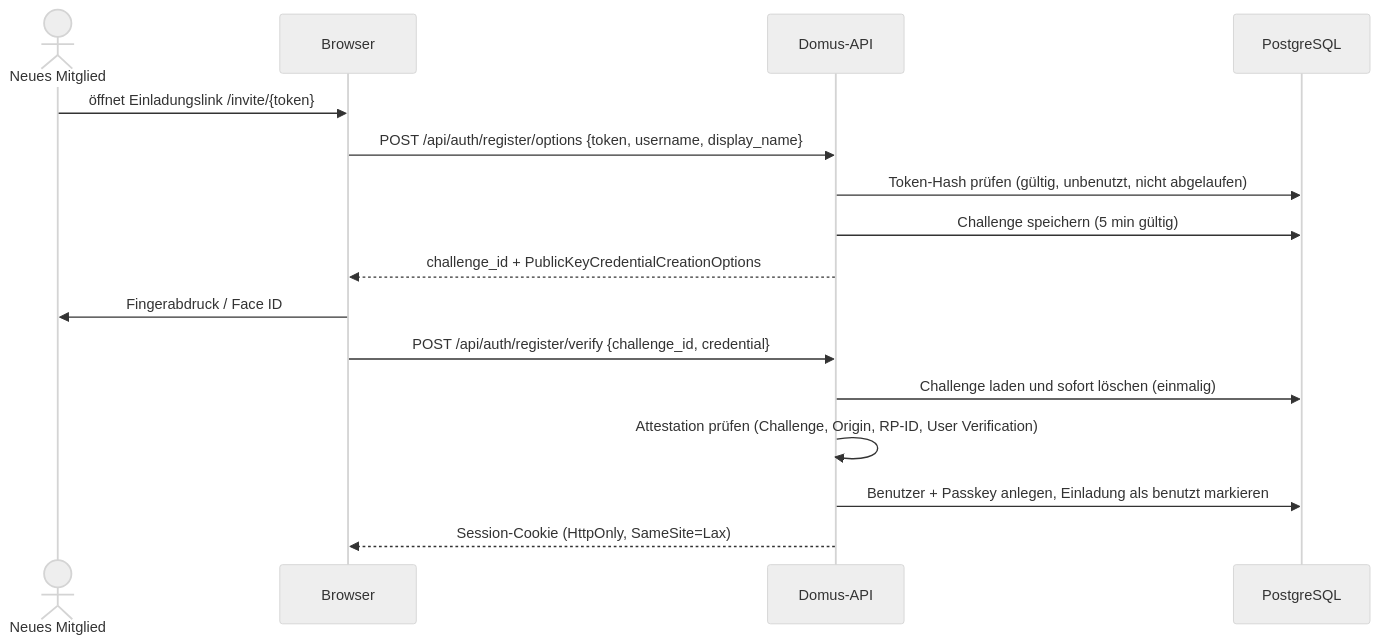
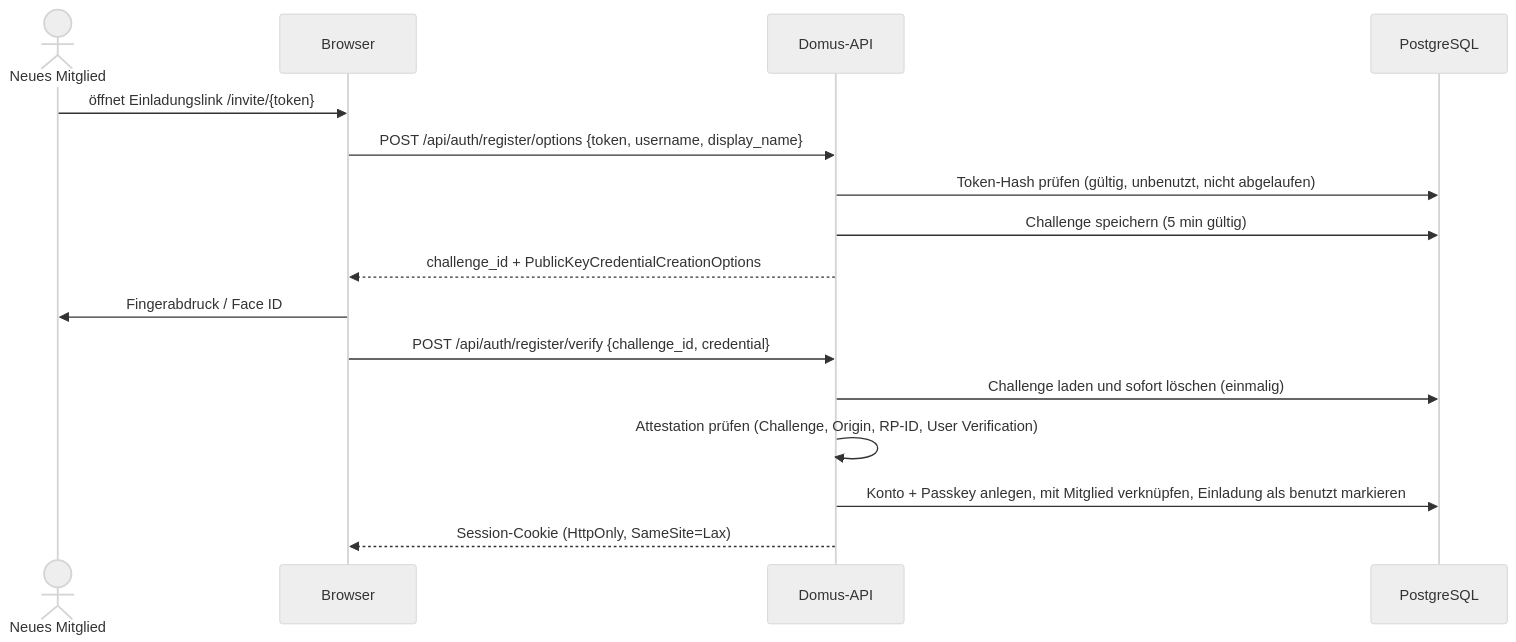
The first of 2 diagrams in docs/authentifizierung.md (TobiasBittermann/domus-showcase), drawn with Mermaid (neutral theme) before and after one commit. The commit also changed other lines of this file and 28 other files, not shown here.

````diff
--- a/docs/authentifizierung.md
+++ b/docs/authentifizierung.md
@@ -19,19 +28,19 @@
 ```mermaid
 sequenceDiagram
     actor U as Neues Mitglied
     participant B as Browser
     participant A as Domus-API
     participant DB as PostgreSQL
 
     U->>B: öffnet Einladungslink /invite/{token}
     B->>A: POST /api/auth/register/options {token, username, display_name}
     A->>DB: Token-Hash prüfen (gültig, unbenutzt, nicht abgelaufen)
     A->>DB: Challenge speichern (5 min gültig)
     A-->>B: challenge_id + PublicKeyCredentialCreationOptions
     B->>U: Fingerabdruck / Face ID
     B->>A: POST /api/auth/register/verify {challenge_id, credential}
     A->>DB: Challenge laden und sofort löschen (einmalig)
     A->>A: Attestation prüfen (Challenge, Origin, RP-ID, User Verification)
-    A->>DB: Benutzer + Passkey anlegen, Einladung als benutzt markieren
+    A->>DB: Konto + Passkey anlegen, mit Mitglied verknüpfen, Einladung als benutzt markieren
     A-->>B: Session-Cookie (HttpOnly, SameSite=Lax)
 ```
````
